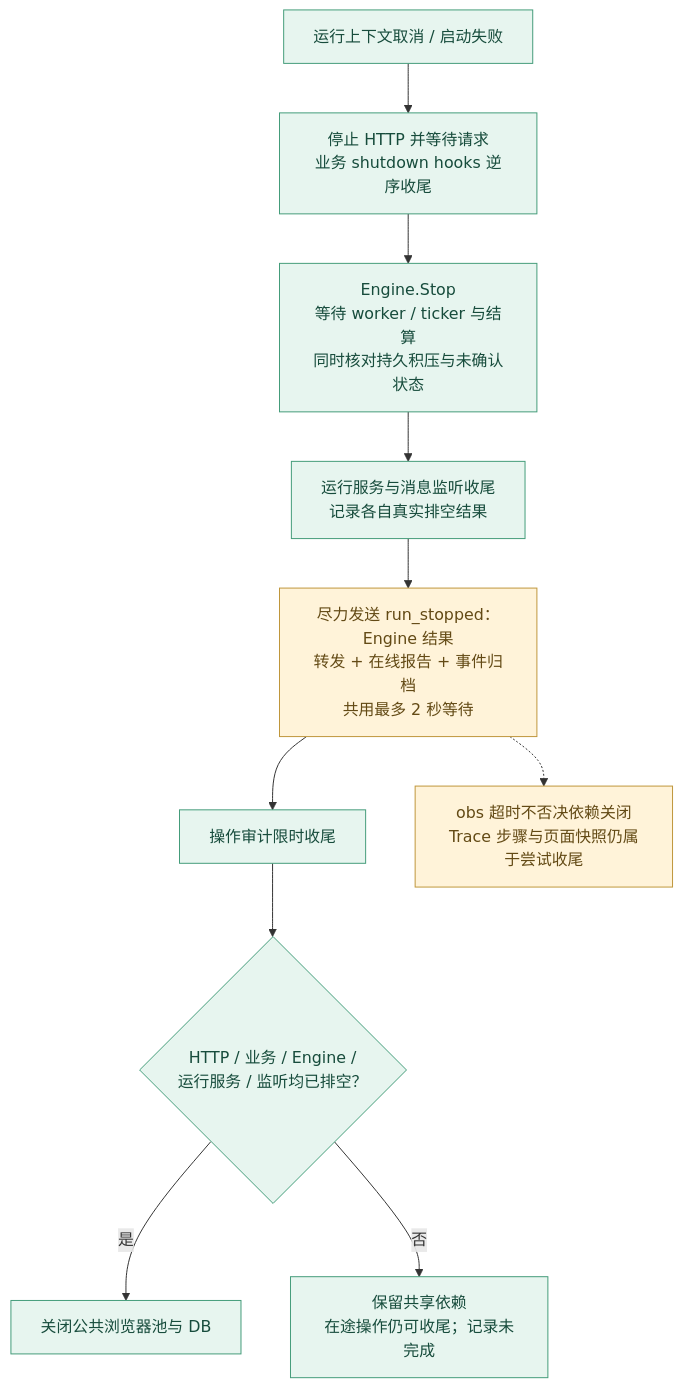
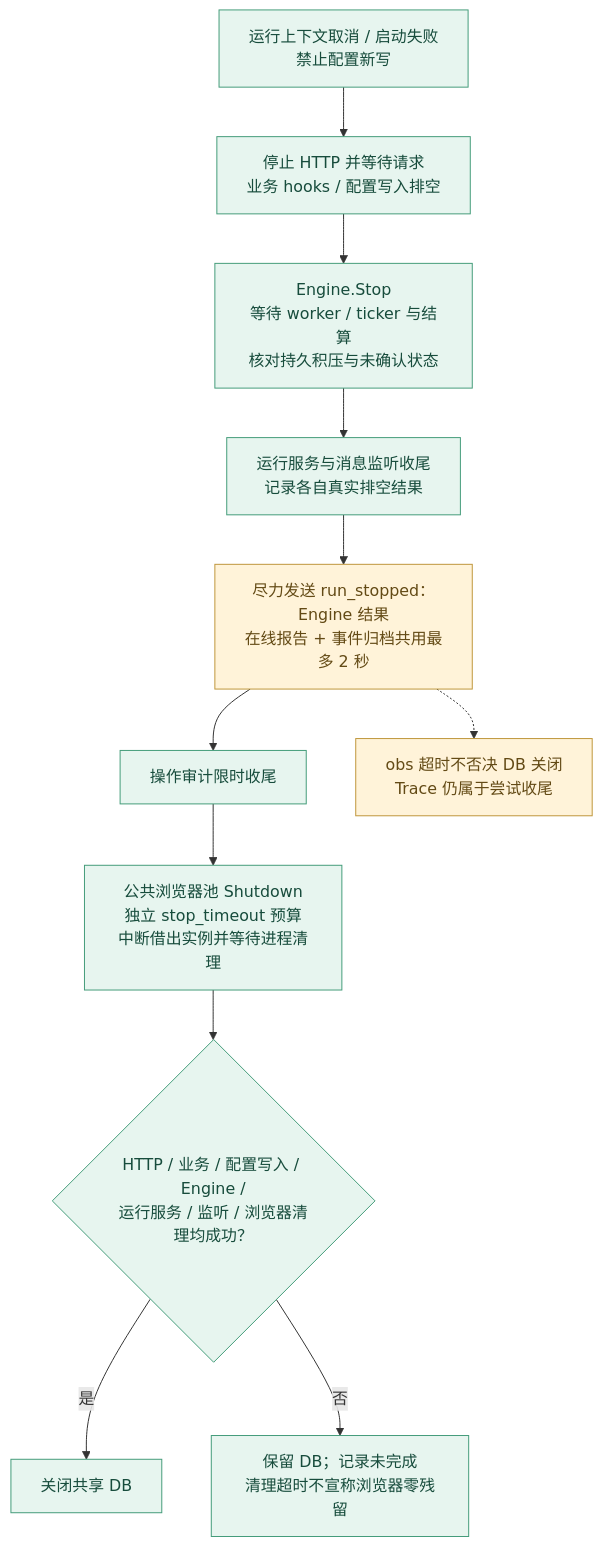
Before and after one commit to ydtg1993/papa: the diagram in docs/assets/diagrams/06-lifecycle.mmd, drawn with Mermaid. The commit also changed 52 other files, not shown here.

```diff
--- a/docs/assets/diagrams/06-lifecycle.mmd
+++ b/docs/assets/diagrams/06-lifecycle.mmd
@@ -1,14 +1,15 @@
 flowchart TB
-    A["运行上下文取消 / 启动失败"] --> B["停止 HTTP 并等待请求<br/>业务 shutdown hooks 逆序收尾"]
-    B --> C["Engine.Stop<br/>等待 worker / ticker 与结算<br/>同时核对持久积压与未确认状态"]
+    A["运行上下文取消 / 启动失败<br/>禁止配置新写"] --> B["停止 HTTP 并等待请求<br/>业务 hooks / 配置写入排空"]
+    B --> C["Engine.Stop<br/>等待 worker / ticker 与结算<br/>核对持久积压与未确认状态"]
     C --> D["运行服务与消息监听收尾<br/>记录各自真实排空结果"]
-    D --> E["尽力发送 run_stopped：Engine 结果<br/>转发 + 在线报告 + 事件归档<br/>共用最多 2 秒等待"]
+    D --> E["尽力发送 run_stopped：Engine 结果<br/>在线报告 + 事件归档共用最多 2 秒"]
     E --> F["操作审计限时收尾"]
-    F --> G{"HTTP / 业务 / Engine /<br/>运行服务 / 监听均已排空？"}
-    G -->|是| H["关闭公共浏览器池与 DB"]
-    G -->|否| I["保留共享依赖<br/>在途操作仍可收尾；记录未完成"]
-    E -.-> N["obs 超时不否决依赖关闭<br/>Trace 步骤与页面快照仍属于尝试收尾"]
+    F --> J["公共浏览器池 Shutdown<br/>独立 stop_timeout 预算<br/>中断借出实例并等待进程清理"]
+    J --> G{"HTTP / 业务 / 配置写入 / Engine /<br/>运行服务 / 监听 / 浏览器清理均成功？"}
+    G -->|是| H["关闭共享 DB"]
+    G -->|否| I["保留 DB；记录未完成<br/>清理超时不宣称浏览器零残留"]
+    E -.-> N["obs 超时不否决 DB 关闭<br/>Trace 仍属于尝试收尾"]
     classDef runtime fill:#e7f5ef,color:#174c3c,stroke:#449c7a;
     classDef observe fill:#fff3d9,color:#634a15,stroke:#bf963b;
-    class A,B,C,D,F,G,H,I runtime;
+    class A,B,C,D,F,J,G,H,I runtime;
     class E,N observe;
```
